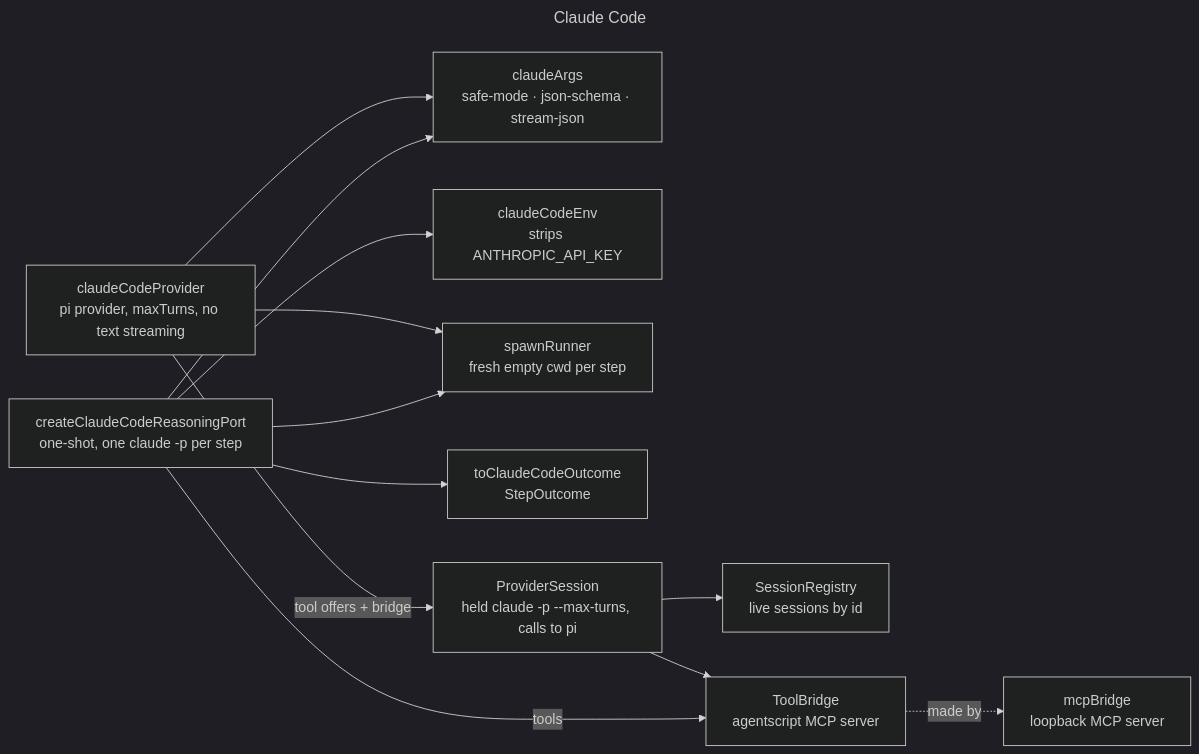
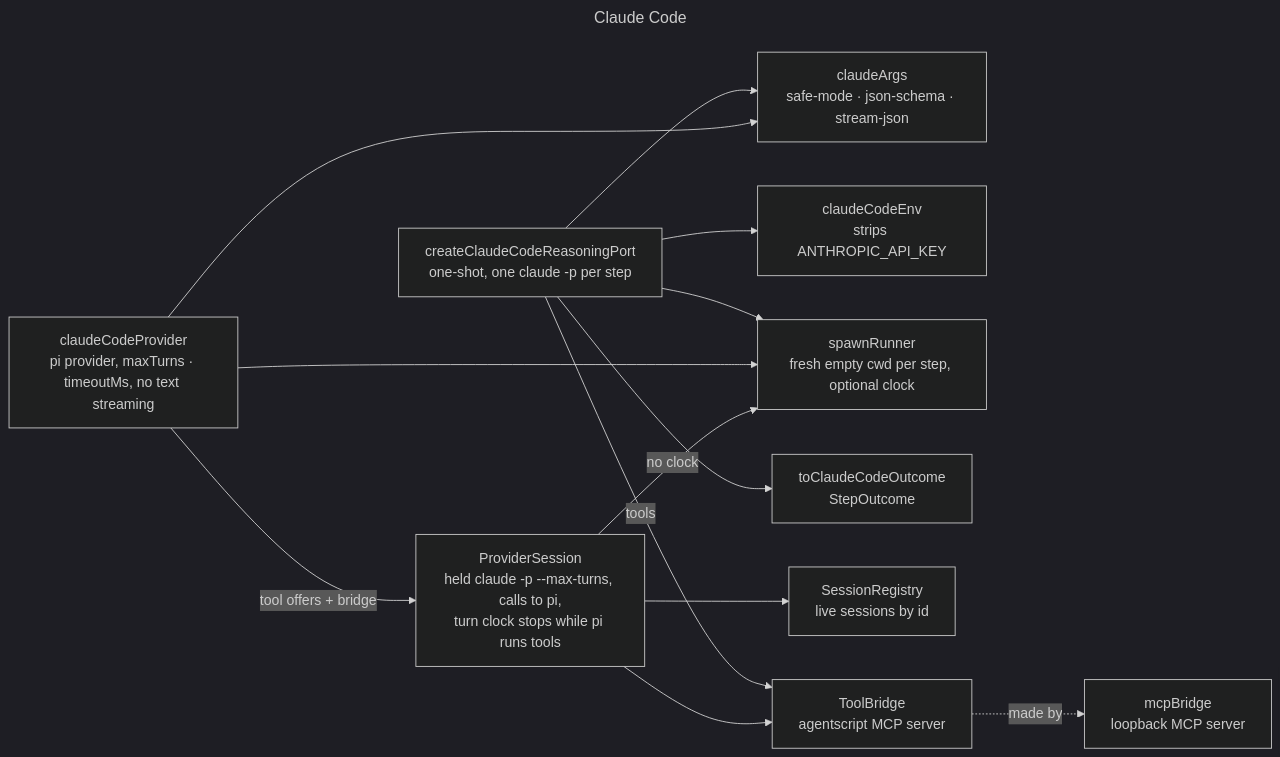
One commit to jtaylorcpp/specsesh-agent changed the diagram in blueprint/claude-code.mmd. Above: the diagram before and after it, drawn with Mermaid (dark theme). The commit also changed 34 other files, not shown here.

First line of the commit message:
session-timeout: a Claude Code turn clock that stops while our tools run

```diff
--- a/blueprint/claude-code.mmd
+++ b/blueprint/claude-code.mmd
@@ -1,39 +1,40 @@
 ---
 title: Claude Code
 ---
 flowchart LR
   port[createClaudeCodeReasoningPort<br/>one-shot, one claude -p per step]
-  provider[claudeCodeProvider<br/>pi provider, maxTurns, no text streaming]
+  provider[claudeCodeProvider<br/>pi provider, maxTurns · timeoutMs, no text streaming]
   args[claudeArgs<br/>safe-mode · json-schema · stream-json]
   env[claudeCodeEnv<br/>strips ANTHROPIC_API_KEY]
-  spawn[spawnRunner<br/>fresh empty cwd per step]
+  spawn[spawnRunner<br/>fresh empty cwd per step, optional clock]
   outcome[toClaudeCodeOutcome<br/>StepOutcome]
-  session[ProviderSession<br/>held claude -p --max-turns, calls to pi]
+  session[ProviderSession<br/>held claude -p --max-turns, calls to pi,<br/>turn clock stops while pi runs tools]
   sessions[SessionRegistry<br/>live sessions by id]
   bridge[ToolBridge<br/>agentscript MCP server]
   mcpbridge[mcpBridge<br/>loopback MCP server]
 
   port --> args
   port --> spawn
   port --> env
   port --> outcome
   port -->|tools| bridge
   provider --> args
   provider --> spawn
   provider -->|tool offers + bridge| session
+  session -->|no clock| spawn
   session --> sessions
   session --> bridge
   bridge -.->|made by| mcpbridge
 
-  %% code: port packages/agent/src/claude-code/claude-code.ts:258
-  %% code: provider packages/agent/src/claude-code/claude-code-provider.ts:104
-  %% code: args packages/agent/src/claude-code/claude-code.ts:205
-  %% code: env packages/agent/src/claude-code/claude-code.ts:241
-  %% code: spawn packages/agent/src/claude-code/claude-code.ts:512
-  %% code: outcome packages/agent/src/claude-code/claude-code.ts:461
-  %% code: session packages/agent/src/claude-code/provider-session.ts:72
-  %% code: sessions packages/agent/src/claude-code/provider-session.ts:34
+  %% code: port packages/agent/src/claude-code/claude-code.ts:260
+  %% code: provider packages/agent/src/claude-code/claude-code-provider.ts:128
+  %% code: args packages/agent/src/claude-code/claude-code.ts:207
+  %% code: env packages/agent/src/claude-code/claude-code.ts:243
+  %% code: spawn packages/agent/src/claude-code/claude-code.ts:515
+  %% code: outcome packages/agent/src/claude-code/claude-code.ts:463
+  %% code: session packages/agent/src/claude-code/provider-session.ts:91
+  %% code: sessions packages/agent/src/claude-code/provider-session.ts:43
   %% code: bridge packages/agent/src/claude-code/tool-bridge.ts:35
   %% code: mcpbridge packages/agent/src/mcp/mcp-bridge.ts:24
 
   class provider,session done
```
